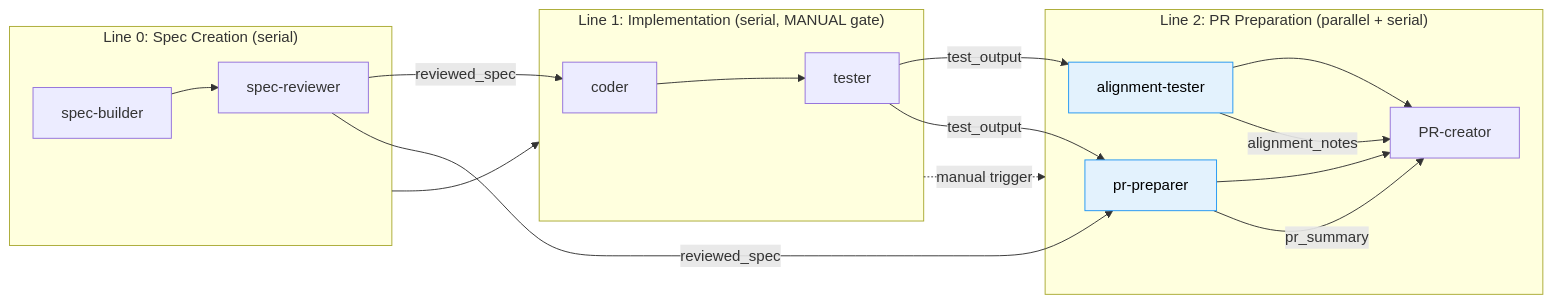
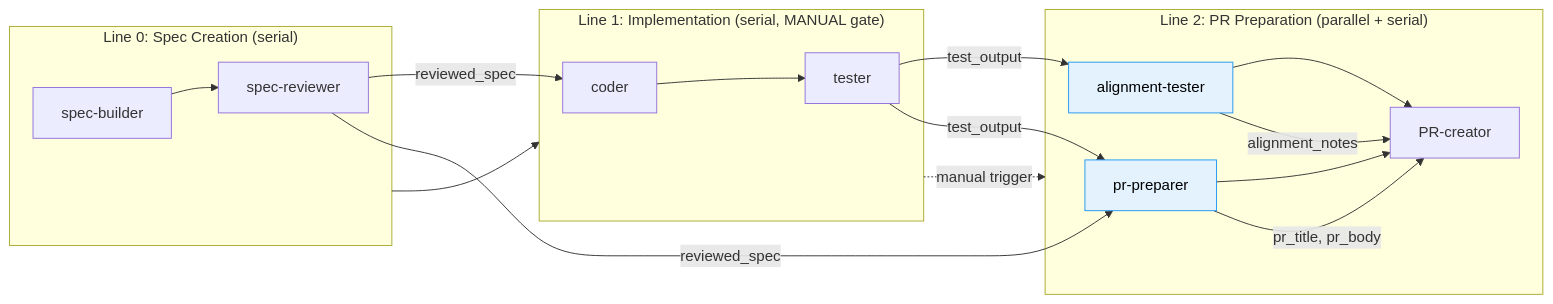
One commit to AI-Substrate/chainglass changed the second of 3 diagrams in docs/plans/028-pos-agentic-cli/tasks/phase-6-e2e-test-and-documentation/tasks.md. Above: the diagram before and after it, drawn with Mermaid. The commit also changed other lines of this file and 9 other files, not shown here.

First line of the commit message:
fix(positional-graph): address Phase 6 code review findings

````diff
--- a/docs/plans/028-pos-agentic-cli/tasks/phase-6-e2e-test-and-documentation/tasks.md
+++ b/docs/plans/028-pos-agentic-cli/tasks/phase-6-e2e-test-and-documentation/tasks.md
@@ -285,37 +285,37 @@
 ```mermaid
 flowchart LR
     classDef complete fill:#4CAF50,stroke:#388E3C,color:#fff
     classDef running fill:#FFC107,stroke:#FFA000,color:#000
     classDef pending fill:#9E9E9E,stroke:#757575,color:#fff
     classDef parallel fill:#E3F2FD,stroke:#2196F3,color:#000
 
     subgraph Line0["Line 0: Spec Creation (serial)"]
         N1[spec-builder]
         N2[spec-reviewer]
         N1 --> N2
     end
 
     subgraph Line1["Line 1: Implementation (serial, MANUAL gate)"]
         N3[coder]
         N4[tester]
         N3 --> N4
     end
 
     subgraph Line2["Line 2: PR Preparation (parallel + serial)"]
         N5[alignment-tester]:::parallel
         N6[pr-preparer]:::parallel
         N7[PR-creator]
         N5 --> N7
         N6 --> N7
     end
 
     N2 -->|reviewed_spec| N3
     N4 -->|test_output| N5
     N4 -->|test_output| N6
     N2 -->|reviewed_spec| N6
     N5 -->|alignment_notes| N7
-    N6 -->|pr_summary| N7
+    N6 -->|pr_title, pr_body| N7
 
     Line0 --> Line1
     Line1 -.->|manual trigger| Line2
 ```
````
